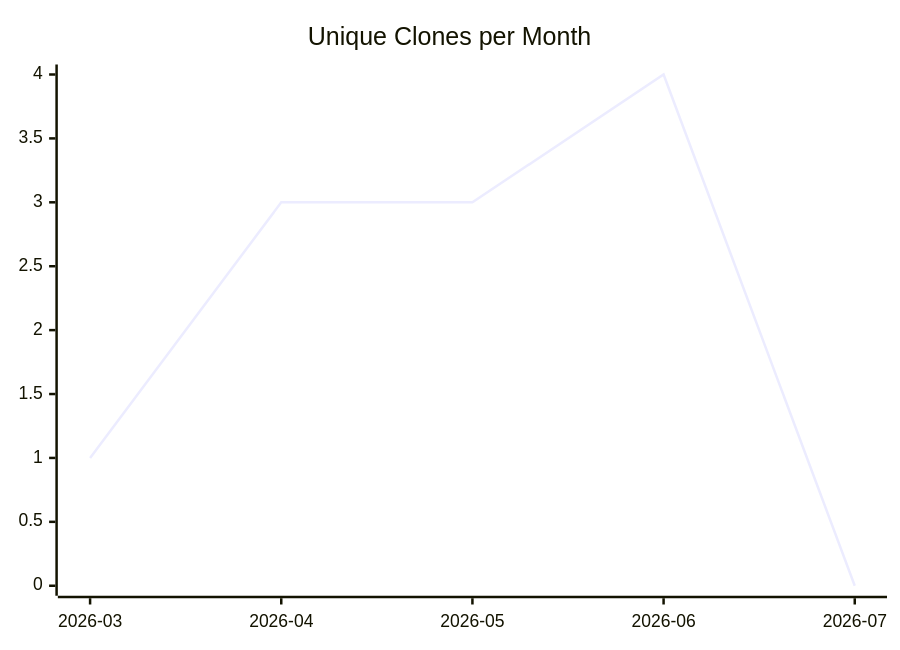
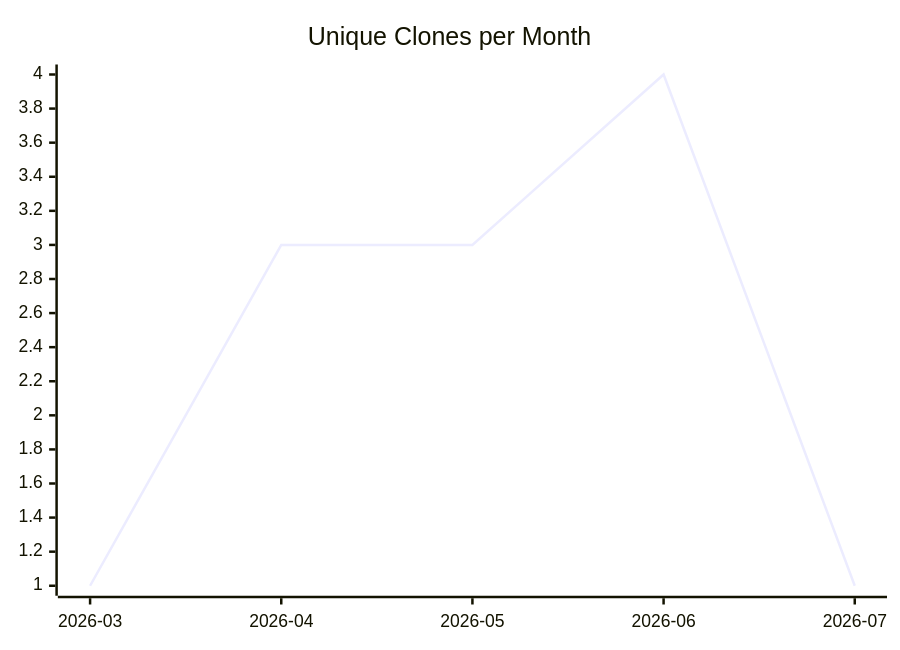
Before and after one commit to justdavis-family/github-analytics-data: the third of 3 diagrams in karlmdavis/ansible-jenkins/README.md, drawn with Mermaid. The commit also changed other lines of this file and 193 other files, not shown here.

````diff
--- a/karlmdavis/ansible-jenkins/README.md
+++ b/karlmdavis/ansible-jenkins/README.md
@@ -19,6 +19,6 @@
 ```mermaid
 xychart-beta
   title "Unique Clones per Month"
   x-axis ["2026-03", "2026-04", "2026-05", "2026-06", "2026-07"]
-  line [1, 3, 3, 4, 0]
+  line [1, 3, 3, 4, 1]
 ```
````
